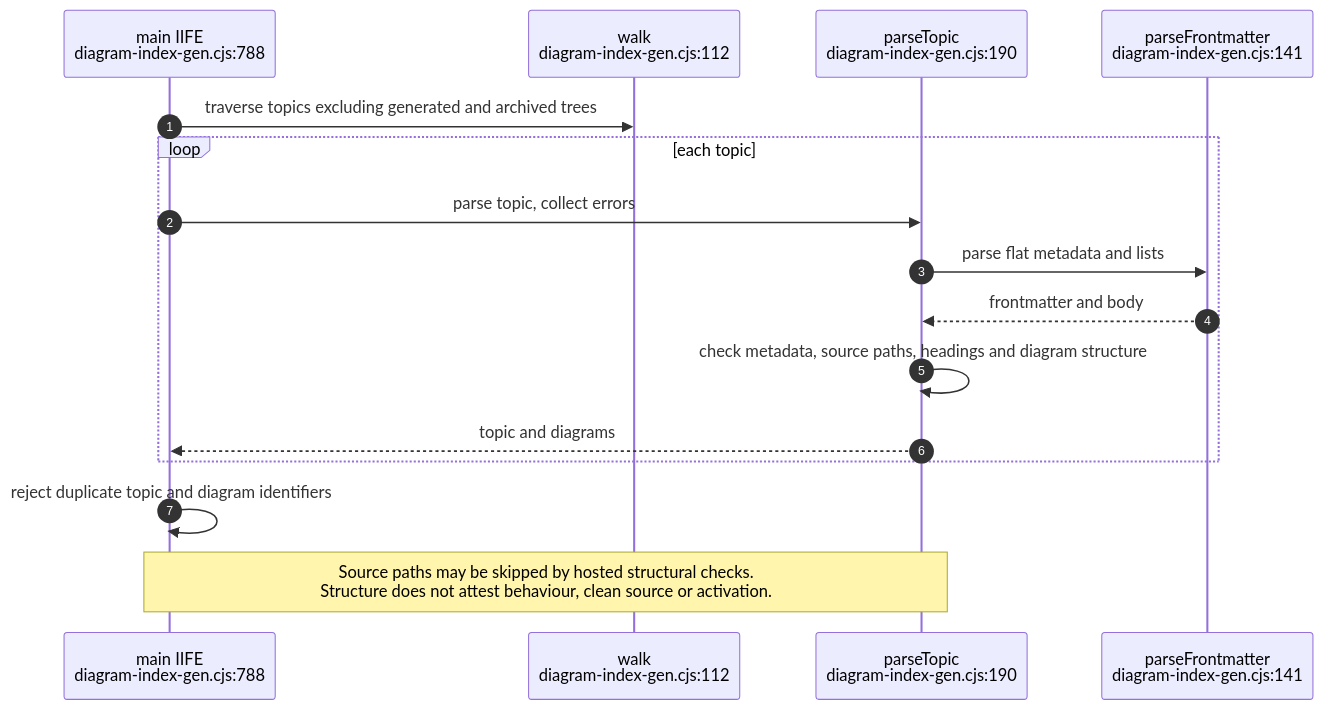
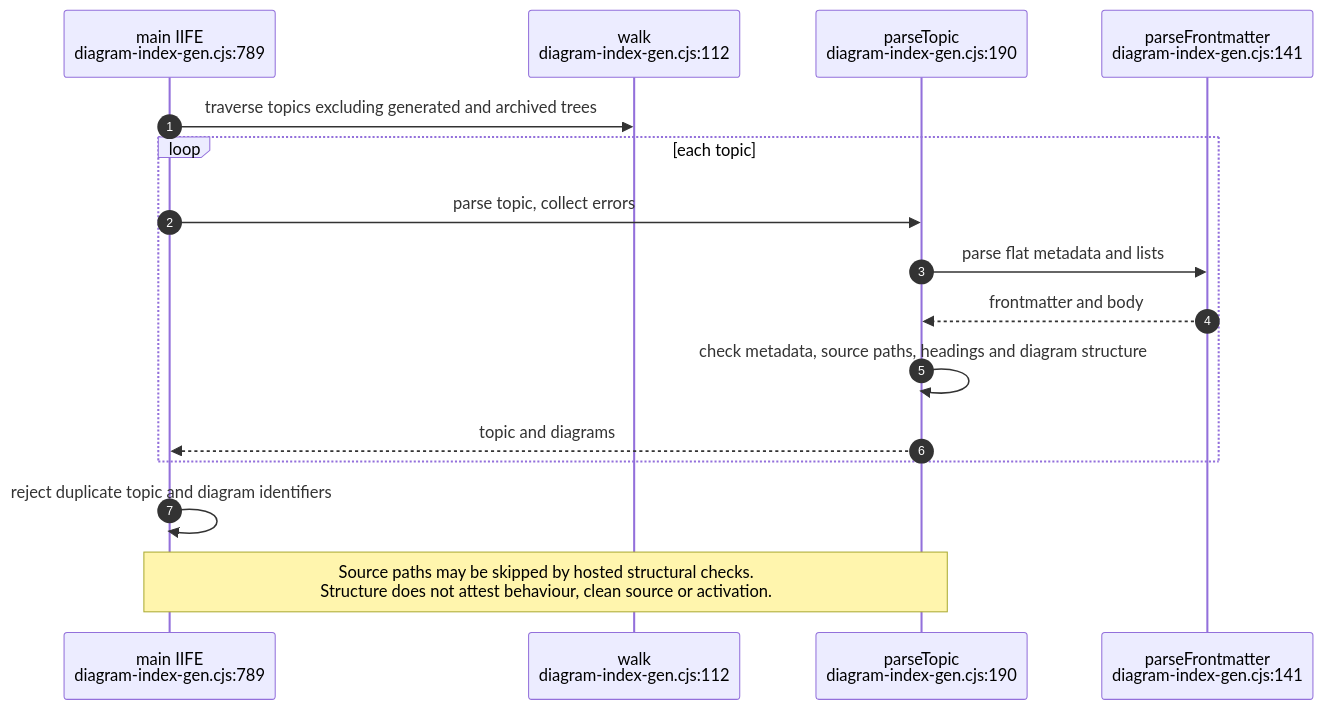
One commit to DreamLab-AI/VisionFlow changed the eighth of 14 diagrams in docs/diagrams/visionflow/06-diagram-tooling.md. Above: the diagram before and after it, drawn with Mermaid. The commit also changed other lines of this file and 94 other files, not shown here.

First line of the commit message:
docs(diagrams): re-verify 130 topics against 2 October HEADs

````diff
--- a/docs/diagrams/visionflow/06-diagram-tooling.md
+++ b/docs/diagrams/visionflow/06-diagram-tooling.md
@@ -288,18 +288,18 @@
 ```mermaid
 sequenceDiagram
     autonumber
-    participant CLI as main IIFE<br/>diagram-index-gen.cjs:788
+    participant CLI as main IIFE<br/>diagram-index-gen.cjs:789
     participant W as walk<br/>diagram-index-gen.cjs:112
     participant P as parseTopic<br/>diagram-index-gen.cjs:190
     participant F as parseFrontmatter<br/>diagram-index-gen.cjs:141
     CLI->>W: traverse topics excluding generated and archived trees
     loop each topic
         CLI->>P: parse topic, collect errors
         P->>F: parse flat metadata and lists
         F-->>P: frontmatter and body
         P->>P: check metadata, source paths, headings and diagram structure
         P-->>CLI: topic and diagrams
     end
     CLI->>CLI: reject duplicate topic and diagram identifiers
     Note over CLI,P: Source paths may be skipped by hosted structural checks.<br/>Structure does not attest behaviour, clean source or activation.
 ```
````
